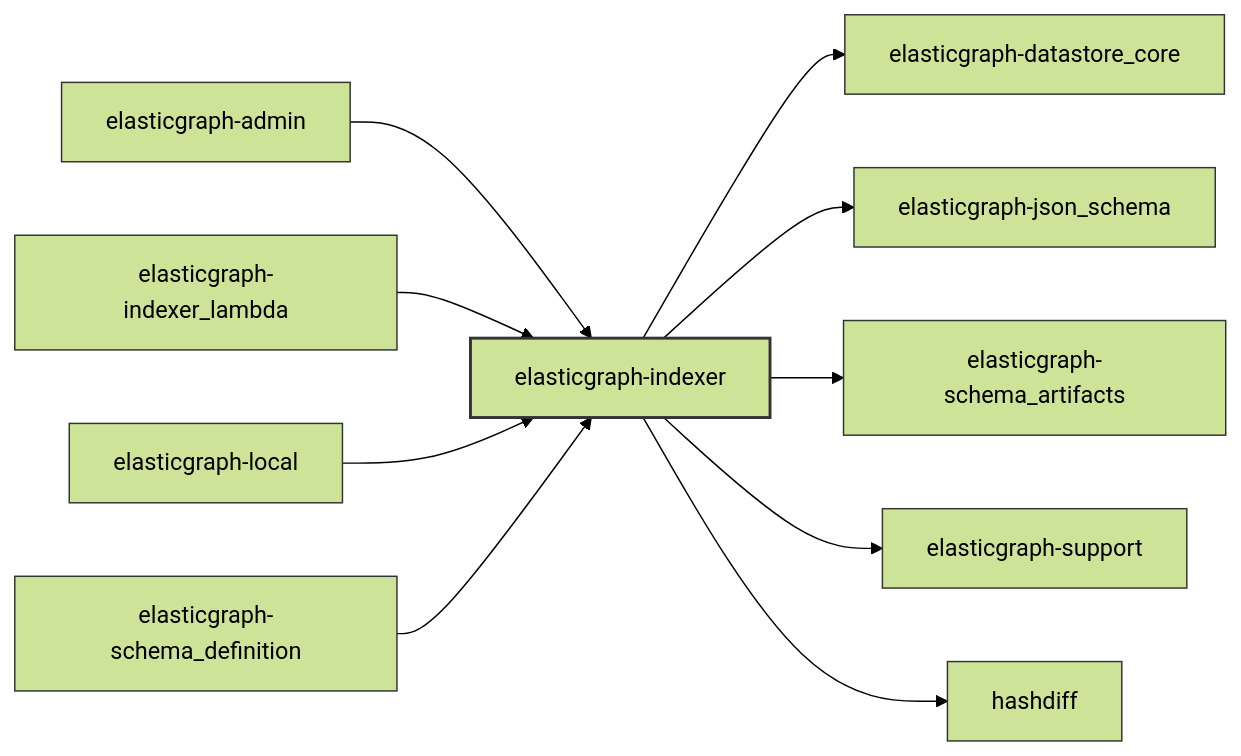
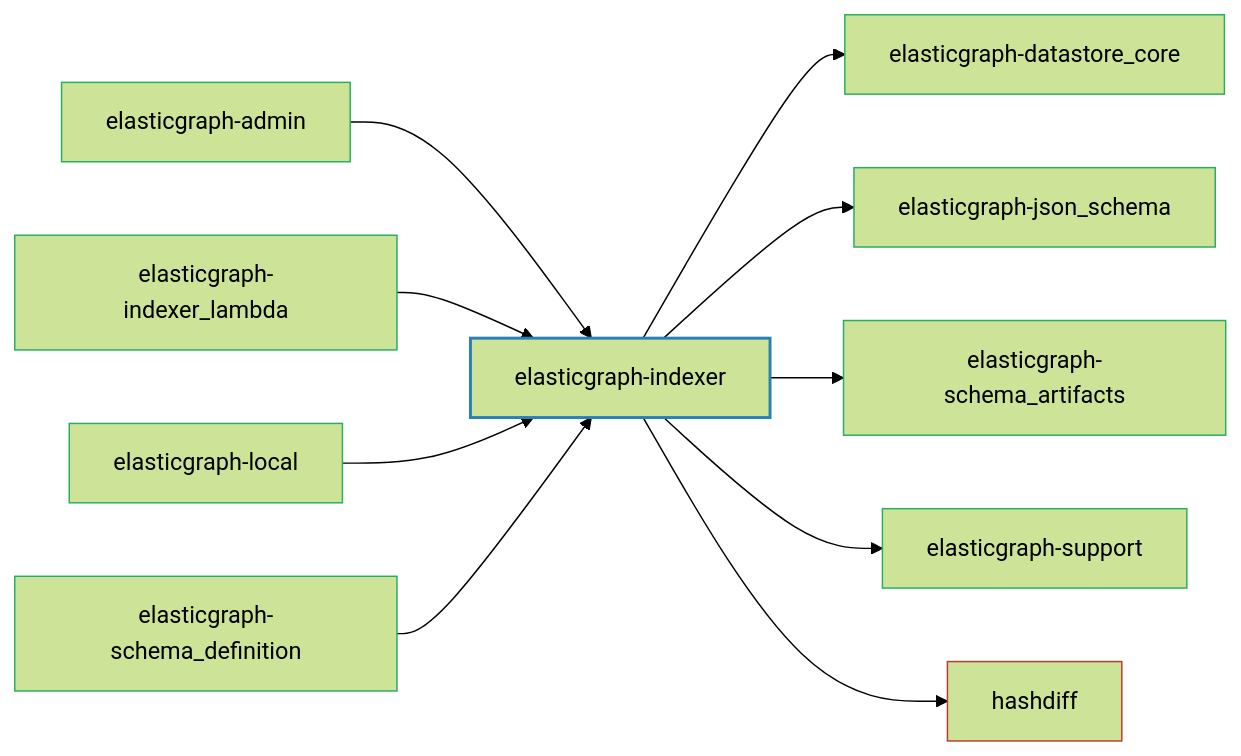
The diagram in elasticgraph-indexer/README.md (block/elasticgraph), drawn with Mermaid (forest theme) before and after one commit. The commit also changed 21 other files, not shown here.

````diff
--- a/elasticgraph-indexer/README.md
+++ b/elasticgraph-indexer/README.md
@@ -4,26 +4,32 @@
 ```mermaid
 graph LR;
+    elasticgraph-indexer["elasticgraph-indexer"];
+    elasticgraph-datastore_core["elasticgraph-datastore_core"];
     elasticgraph-indexer --> elasticgraph-datastore_core;
+    elasticgraph-json_schema["elasticgraph-json_schema"];
     elasticgraph-indexer --> elasticgraph-json_schema;
+    elasticgraph-schema_artifacts["elasticgraph-schema_artifacts"];
     elasticgraph-indexer --> elasticgraph-schema_artifacts;
+    elasticgraph-support["elasticgraph-support"];
     elasticgraph-indexer --> elasticgraph-support;
+    hashdiff["hashdiff"];
     elasticgraph-indexer --> hashdiff;
+    elasticgraph-admin["elasticgraph-admin"];
     elasticgraph-admin --> elasticgraph-indexer;
+    elasticgraph-indexer_lambda["elasticgraph-indexer_lambda"];
     elasticgraph-indexer_lambda --> elasticgraph-indexer;
+    elasticgraph-local["elasticgraph-local"];
     elasticgraph-local --> elasticgraph-indexer;
+    elasticgraph-schema_definition["elasticgraph-schema_definition"];
     elasticgraph-schema_definition --> elasticgraph-indexer;
-    classDef currentGemStyle fill:#lightblue,stroke:#333,stroke-width:2px;
-    classDef internalEgGemStyle fill:#lightgreen,stroke:#333,stroke-width:1px;
-    classDef externalGemStyle fill:#lightcoral,stroke:#333,stroke-width:1px;
-    classDef placeholderNodeStyle fill:#eee,stroke:#333,stroke-width:1px;
-    class elasticgraph-indexer currentGemStyle;
-    class elasticgraph-datastore_core internalEgGemStyle;
-    class elasticgraph-json_schema internalEgGemStyle;
-    class elasticgraph-schema_artifacts internalEgGemStyle;
-    class elasticgraph-support internalEgGemStyle;
-    class hashdiff externalGemStyle;
-    class elasticgraph-admin internalEgGemStyle;
-    class elasticgraph-indexer_lambda internalEgGemStyle;
-    class elasticgraph-local internalEgGemStyle;
-    class elasticgraph-schema_definition internalEgGemStyle;
+    style elasticgraph-indexer fill:#lightblue,stroke:#2980b9,stroke-width:2px,color:#000;
+    style elasticgraph-datastore_core fill:#lightgreen,stroke:#27ae60,stroke-width:1px,color:#000;
+    style elasticgraph-json_schema fill:#lightgreen,stroke:#27ae60,stroke-width:1px,color:#000;
+    style elasticgraph-schema_artifacts fill:#lightgreen,stroke:#27ae60,stroke-width:1px,color:#000;
+    style elasticgraph-support fill:#lightgreen,stroke:#27ae60,stroke-width:1px,color:#000;
+    style hashdiff fill:#lightcoral,stroke:#c0392b,stroke-width:1px,color:#000;
+    style elasticgraph-admin fill:#lightgreen,stroke:#27ae60,stroke-width:1px,color:#000;
+    style elasticgraph-indexer_lambda fill:#lightgreen,stroke:#27ae60,stroke-width:1px,color:#000;
+    style elasticgraph-local fill:#lightgreen,stroke:#27ae60,stroke-width:1px,color:#000;
+    style elasticgraph-schema_definition fill:#lightgreen,stroke:#27ae60,stroke-width:1px,color:#000;
 ```
````
